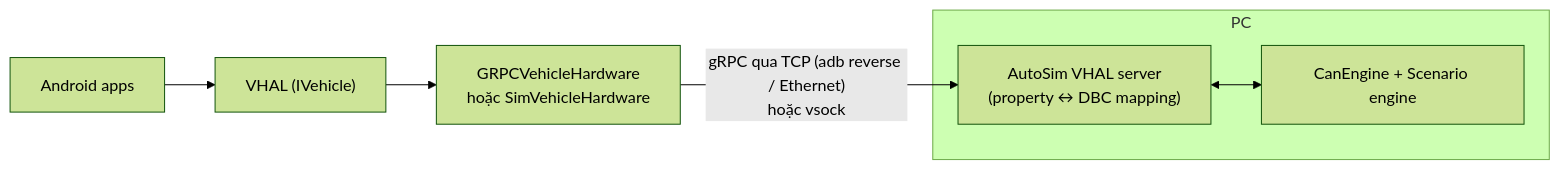
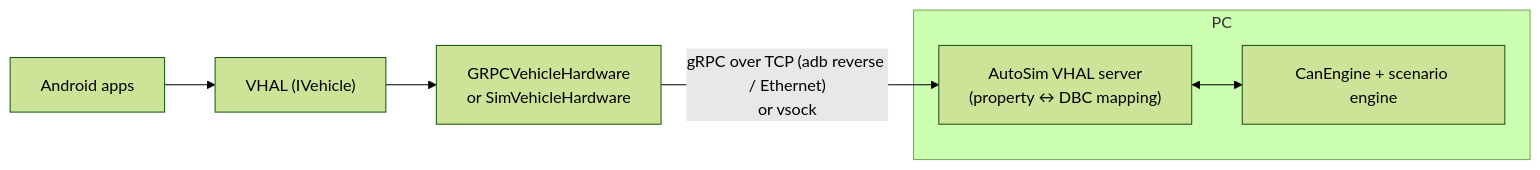
One commit to Thuongst97/CAN_SIMULATOR changed the second of 5 diagrams in docs/VIRTUAL_CAN_PROPOSAL.md. Above: the diagram before and after it, drawn with Mermaid (forest theme). The commit also changed other lines of this file and 8 other files, not shown here.

````diff
--- a/docs/VIRTUAL_CAN_PROPOSAL.md
+++ b/docs/VIRTUAL_CAN_PROPOSAL.md
@@ -98,11 +100,11 @@
 ```mermaid
 flowchart LR
     app["Android apps"] --> vhal["VHAL (IVehicle)"]
-    vhal --> grpc["GRPCVehicleHardware<br/>hoặc SimVehicleHardware"]
-    grpc -- "gRPC qua TCP (adb reverse / Ethernet)<br/>hoặc vsock" --> srv
+    vhal --> grpc["GRPCVehicleHardware<br/>or SimVehicleHardware"]
+    grpc -- "gRPC over TCP (adb reverse / Ethernet)<br/>or vsock" --> srv
     subgraph PC["PC"]
         srv["AutoSim VHAL server<br/>(property ↔ DBC mapping)"]
-        eng["CanEngine + Scenario engine"]
+        eng["CanEngine + scenario engine"]
         srv <--> eng
     end
 ```
````
